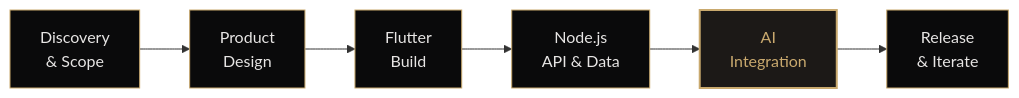
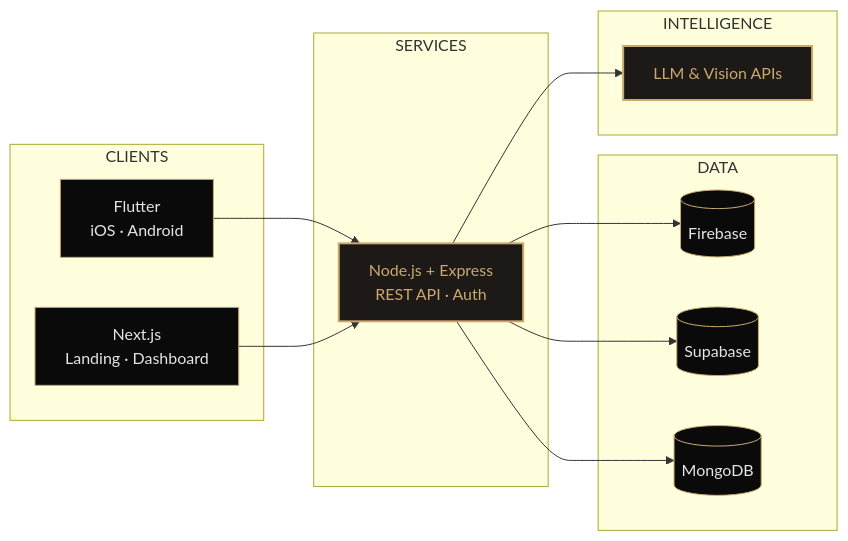
The diagram in README.md (pawanbhandarry/pawanbhandarry), drawn with Mermaid before and after one commit. The commit also changed other lines of this file, not shown here.

````diff
--- a/README.md
+++ b/README.md
@@ -112,12 +86,28 @@
 ```mermaid
 flowchart LR
-    A["Discovery<br/>& Scope"] --> B["Product<br/>Design"]
-    B --> C["Flutter<br/>Build"]
-    C --> D["Node.js<br/>API & Data"]
-    D --> E["AI<br/>Integration"]
-    E --> F["Release<br/>& Iterate"]
+    subgraph C["CLIENTS"]
+        M["Flutter<br/>iOS · Android"]
+        W["Next.js<br/>Landing · Dashboard"]
+    end
+    subgraph S["SERVICES"]
+        A["Node.js + Express<br/>REST API · Auth"]
+    end
+    subgraph D["DATA"]
+        F[("Firebase")]
+        U[("Supabase")]
+        G[("MongoDB")]
+    end
+    subgraph I["INTELLIGENCE"]
+        L["LLM & Vision APIs"]
+    end
+    M --> A
+    W --> A
+    A --> F
+    A --> U
+    A --> G
+    A --> L
     classDef n fill:#0A0A0B,stroke:#C9A96E,color:#E7E5E4,stroke-width:1px;
     classDef h fill:#1C1917,stroke:#C9A96E,color:#C9A96E,stroke-width:2px;
-    class A,B,C,D,F n;
-    class E h;
+    class M,W,F,U,G n;
+    class A,L h;
 ```
````
